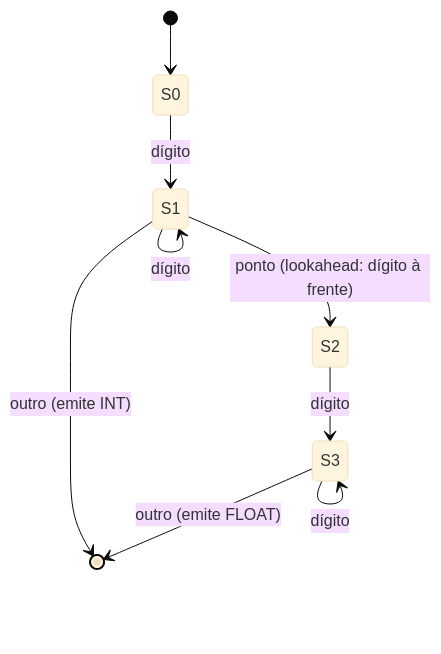
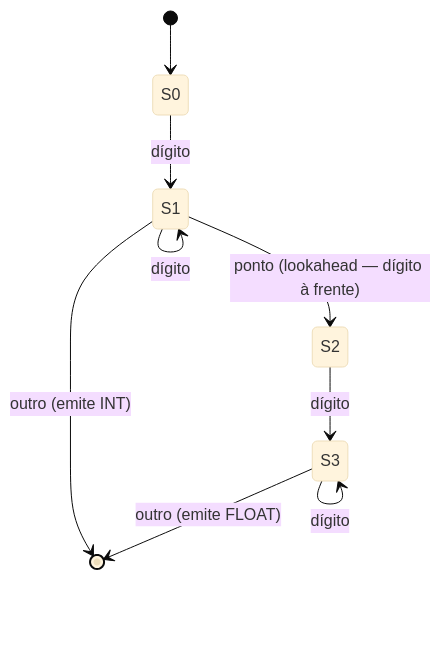
The sixth of 7 diagrams in 03-Dominios/Ciência/Compiladores e Linguagens/03 - Análise léxica - do texto a tokens.md (josenaldo/codex-technomanticus), drawn with Mermaid (base theme) before and after one commit. The commit also changed 30 other files, not shown here.

First line of the commit message:
fix(diagramas): 22 diagramas que não renderizavam por erro de sintaxe

````diff
--- a/03-Dominios/Ciência/Compiladores e Linguagens/03 - Análise léxica - do texto a tokens.md
+++ b/03-Dominios/Ciência/Compiladores e Linguagens/03 - Análise léxica - do texto a tokens.md
@@ -285,11 +285,11 @@
 ```mermaid
 stateDiagram-v2
     [*] --> S0
     S0 --> S1 : dígito
     S1 --> S1 : dígito
-    S1 --> S2 : ponto (lookahead: dígito à frente)
+    S1 --> S2: ponto (lookahead — dígito à frente)
     S2 --> S3 : dígito
     S3 --> S3 : dígito
     S1 --> [*] : outro (emite INT)
     S3 --> [*] : outro (emite FLOAT)
 ```
````
